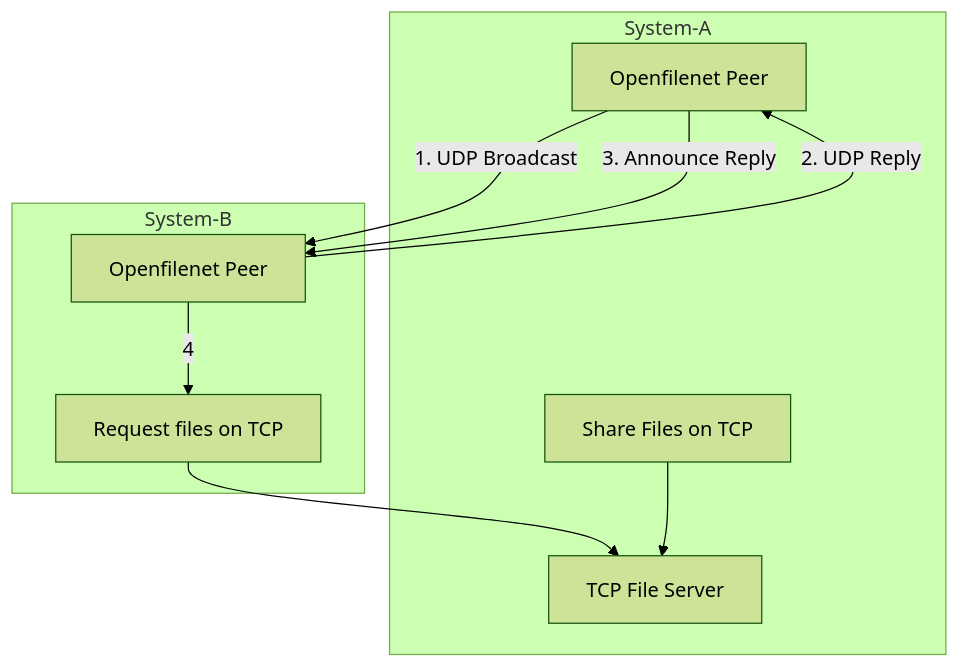
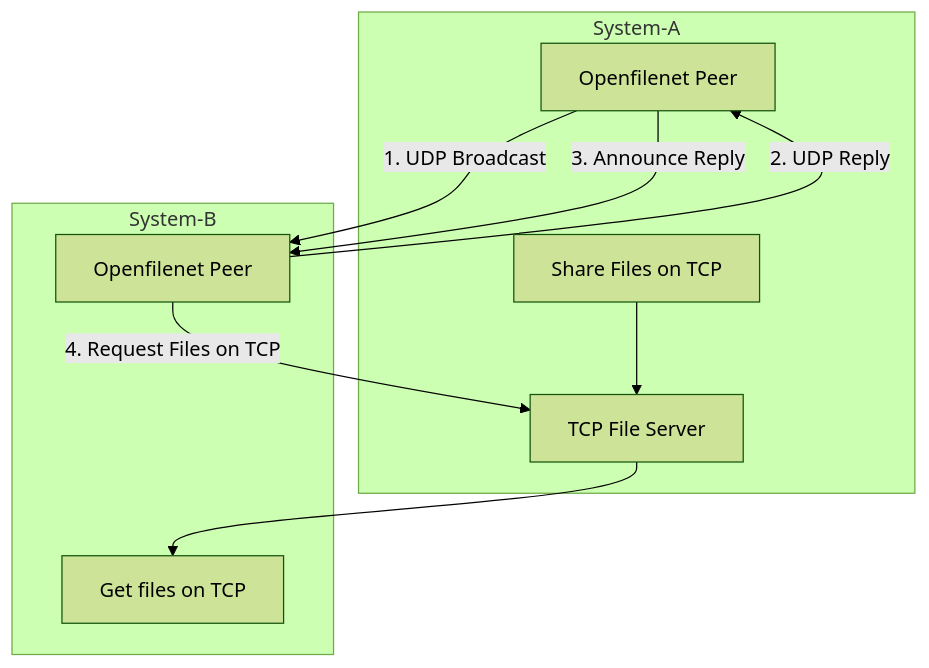
The diagram in README.md (vamsi-karnam/openfilenet), drawn with Mermaid (forest theme) before and after one commit.

````diff
--- a/README.md
+++ b/README.md
@@ -44,21 +44,21 @@
 ```mermaid
 flowchart TD
 
 subgraph System-A
   P1[Openfilenet Peer]
   A1[Share Files on TCP]
   A2[TCP File Server]
 end
 
 subgraph System-B
   P2[Openfilenet Peer]
-  B1[Request files on TCP]
+  B1[Get files on TCP]
 end
 
 P1 -- "1. UDP Broadcast" --> P2
 P2 -- "2. UDP Reply" --> P1
 P1 -- "3. Announce Reply" --> P2
-P2 -- "4" --> B1 --> A2
+P2 -- "4. Request Files on TCP" --> A2 --> B1
 A1 --> A2 
 
 ```
````
